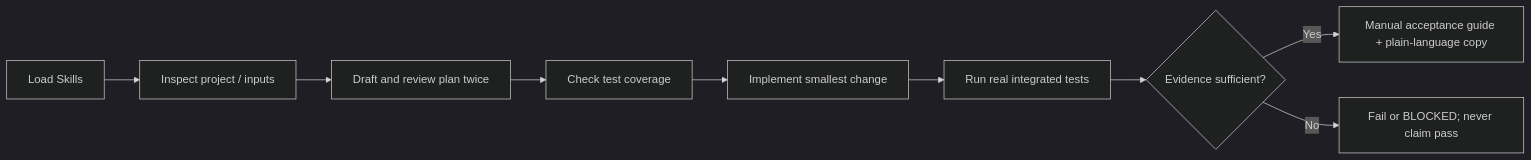
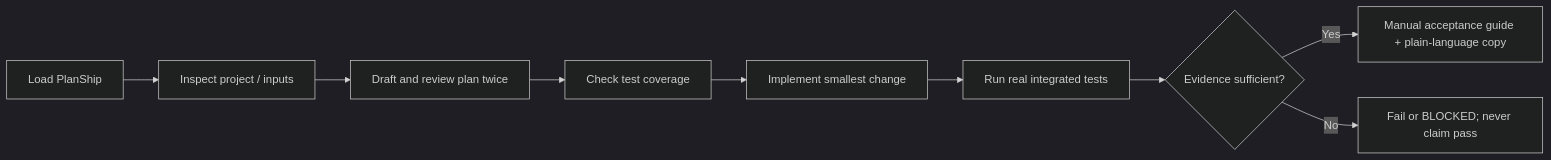
One commit to yeqiana/plan-ship changed the diagram in README.md. Above: the diagram before and after it, drawn with Mermaid (dark theme). The commit also changed other lines of this file and 32 other files, not shown here.

````diff
--- a/README.md
+++ b/README.md
@@ -88,11 +84,11 @@
 ```mermaid
 flowchart LR
-  A[Load Skills] --> B[Inspect project / inputs]
+  A[Load PlanShip] --> B[Inspect project / inputs]
   B --> C[Draft and review plan twice]
   C --> D[Check test coverage]
   D --> E[Implement smallest change]
   E --> F[Run real integrated tests]
   F --> G{Evidence sufficient?}
   G -- Yes --> H[Manual acceptance guide + plain-language copy]
   G -- No --> I[Fail or BLOCKED; never claim pass]
 ```
````
